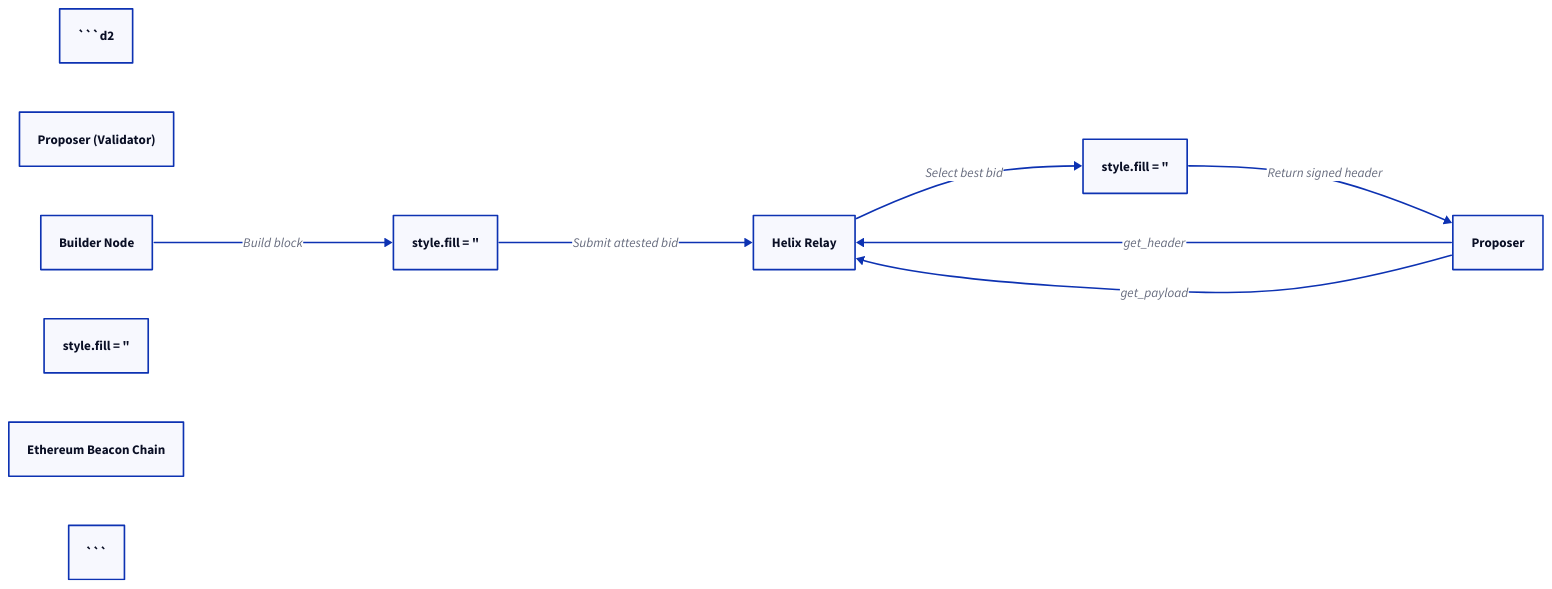
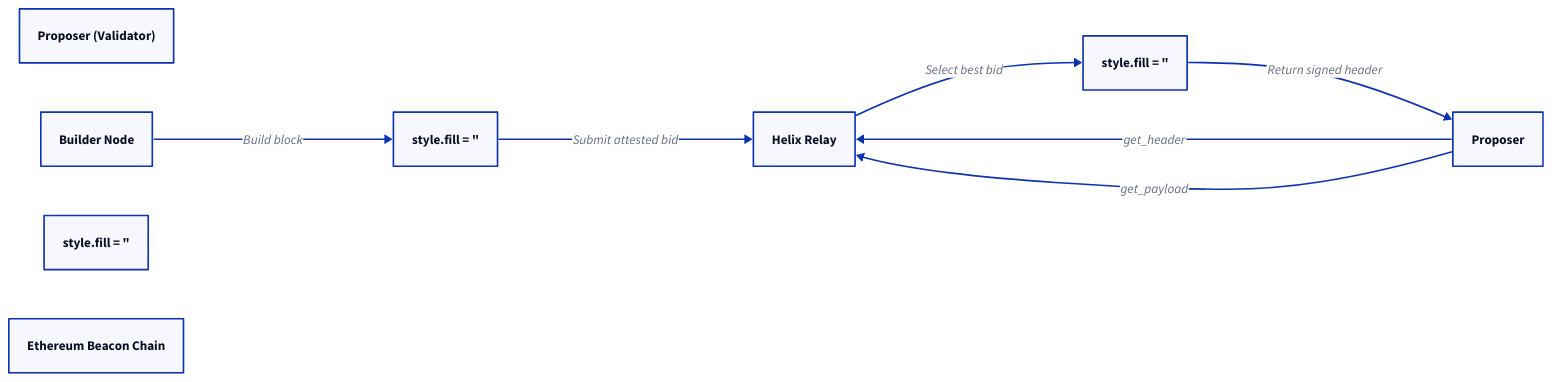
One commit to ironcrypto/inmemory-auctioneer changed the diagram in docs/diagrams/tee_integration.d2. Above: the diagram before and after it, drawn with D2. The commit also changed 1 other file, not shown here.

Commit message:
diagram fix

````diff
--- a/docs/diagrams/tee_integration.d2
+++ b/docs/diagrams/tee_integration.d2
@@ -1,22 +1,20 @@
-```d2
 direction: right
 
 Validator: Proposer (Validator)
 Builder: Builder Node
 Relay: Helix Relay
 TEE1: TEE (Builder)
 TEE2: TEE (Relay)
 TEE3: TEE (Optional: Proposer)
 Consensus: Ethereum Beacon Chain
 
 Proposer -> Relay: "get_header"
 Builder -> TEE1: "Build block"
 TEE1 -> Relay: "Submit attested bid"
 Relay -> TEE2: "Select best bid"
 TEE2 -> Proposer: "Return signed header"
 Proposer -> Relay: "get_payload"
 
 TEE1: style.fill = "#eef", style.stroke = "#00f"
 TEE2: style.fill = "#eef", style.stroke = "#00f"
 TEE3: style.fill = "#ddd", style.dashed = true
-```
````
